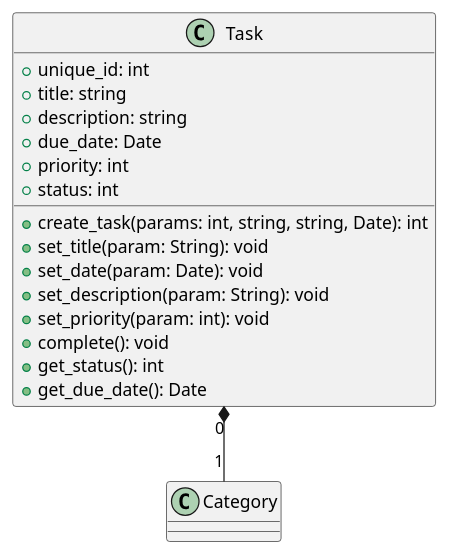
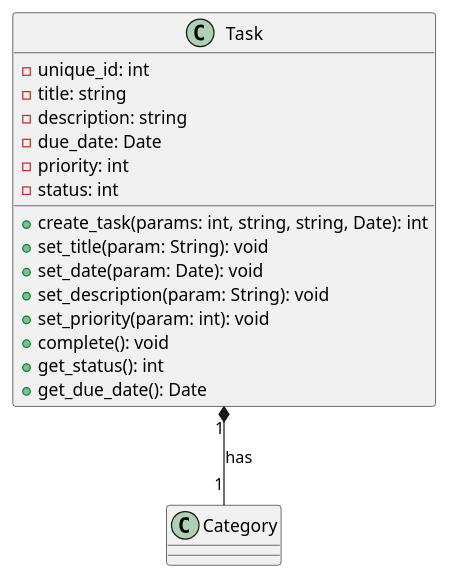
The diagram in assignment6/task.puml (CS361-2024Fall-Term/Innovators), drawn with PlantUML before and after one commit.

Commit message:
Updated task uml file to represent private attributes and fixed the relation

```diff
--- a/assignment6/task.puml
+++ b/assignment6/task.puml
@@ -1,22 +1,22 @@
 @startuml
 
 class Task {
-  +unique_id: int
-  +title: string
-  +description: string
-  +due_date: Date
-  +priority: int
-  +status: int
+  -unique_id: int
+  -title: string
+  -description: string
+  -due_date: Date
+  -priority: int
+  -status: int
   +create_task(params: int, string, string, Date): int
   +set_title(param: String): void
   +set_date(param: Date): void
   +set_description(param: String): void
   +set_priority(param: int): void
   +complete(): void
   +get_status(): int
   +get_due_date(): Date
 }
 
-Task "0" *-- "1" Category
+Task "1" *-- "1" Category : "has"
 
 @enduml
```
